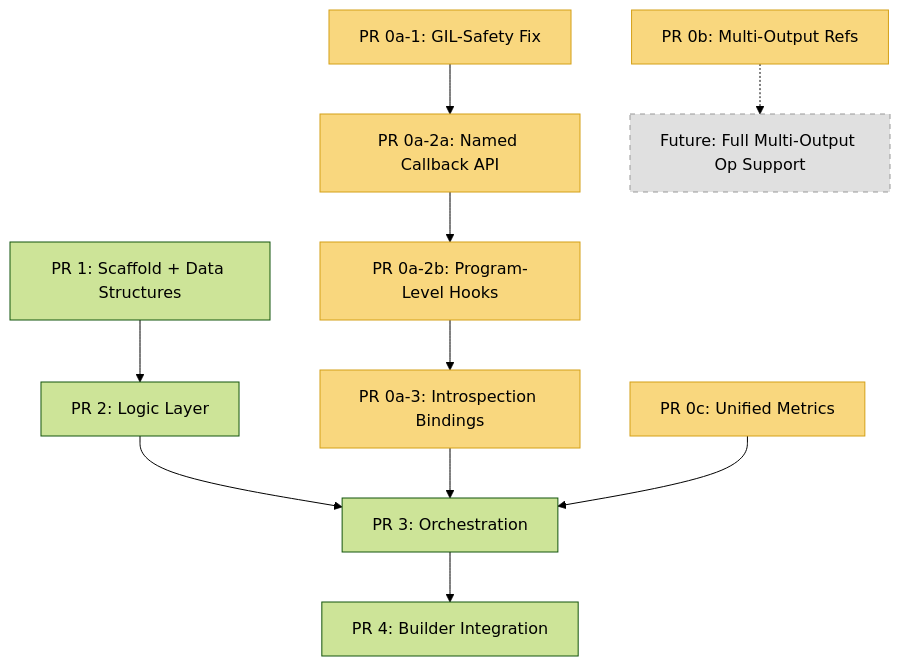
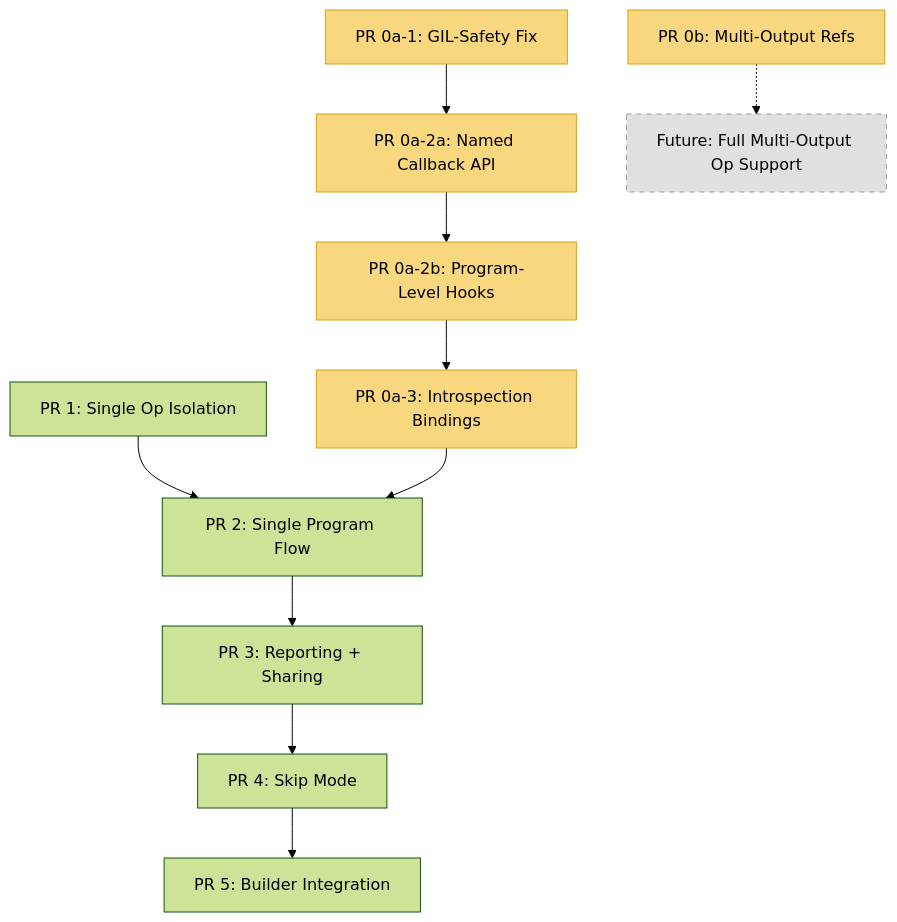
One commit to tenstorrent/tt-mlir changed the diagram in tools/chisel/docs/implementation_plan.md. Above: the diagram before and after it, drawn with Mermaid (forest theme). The commit also changed other lines of this file and 40 other files, not shown here.

````diff
--- a/tools/chisel/docs/implementation_plan.md
+++ b/tools/chisel/docs/implementation_plan.md
@@ -36,20 +39,20 @@
 ```mermaid
 graph TD
     PR0a1["PR 0a-1: GIL-Safety Fix"] --> PR0a2a["PR 0a-2a: Named Callback API"]
     PR0a2a --> PR0a2b["PR 0a-2b: Program-Level Hooks"]
     PR0a2b --> PR0a3["PR 0a-3: Introspection Bindings"]
-    PR1["PR 1: Scaffold + Data Structures"] --> PR2["PR 2: Logic Layer"]
-    PR2 --> PR3["PR 3: Orchestration"]
-    PR0a3 --> PR3
-    PR0c["PR 0c: Unified Metrics"] --> PR3
-    PR3 --> PR4["PR 4: Builder Integration"]
+    PR1["PR 1: Single Op Isolation"]
+    PR1 --> PR2["PR 2: Single Program Flow"]
+    PR0a3 --> PR2
+    PR2 --> PR3["PR 3: Reporting + Sharing"]
+    PR3 --> PR4["PR 4: Skip Mode"]
+    PR4 --> PR5["PR 5: Builder Integration"]
     PR0b["PR 0b: Multi-Output Refs"] -.-> Future["Future: Full Multi-Output Op Support"]
 
     style PR0a1 fill:#f9d77e,stroke:#d4a017
     style PR0a2a fill:#f9d77e,stroke:#d4a017
     style PR0a2b fill:#f9d77e,stroke:#d4a017
     style PR0a3 fill:#f9d77e,stroke:#d4a017
     style PR0b fill:#f9d77e,stroke:#d4a017
-    style PR0c fill:#f9d77e,stroke:#d4a017
     style Future fill:#e0e0e0,stroke:#999,stroke-dasharray: 5 5
 ```
````
